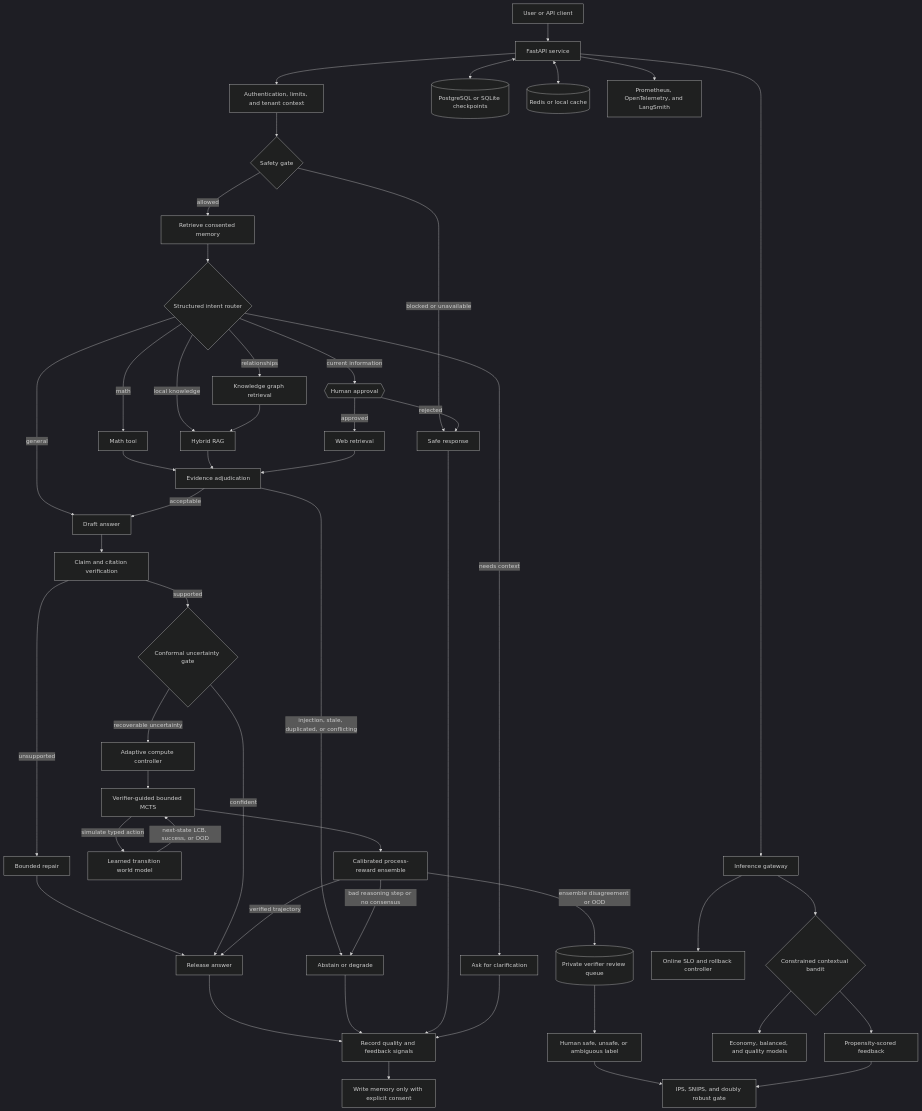
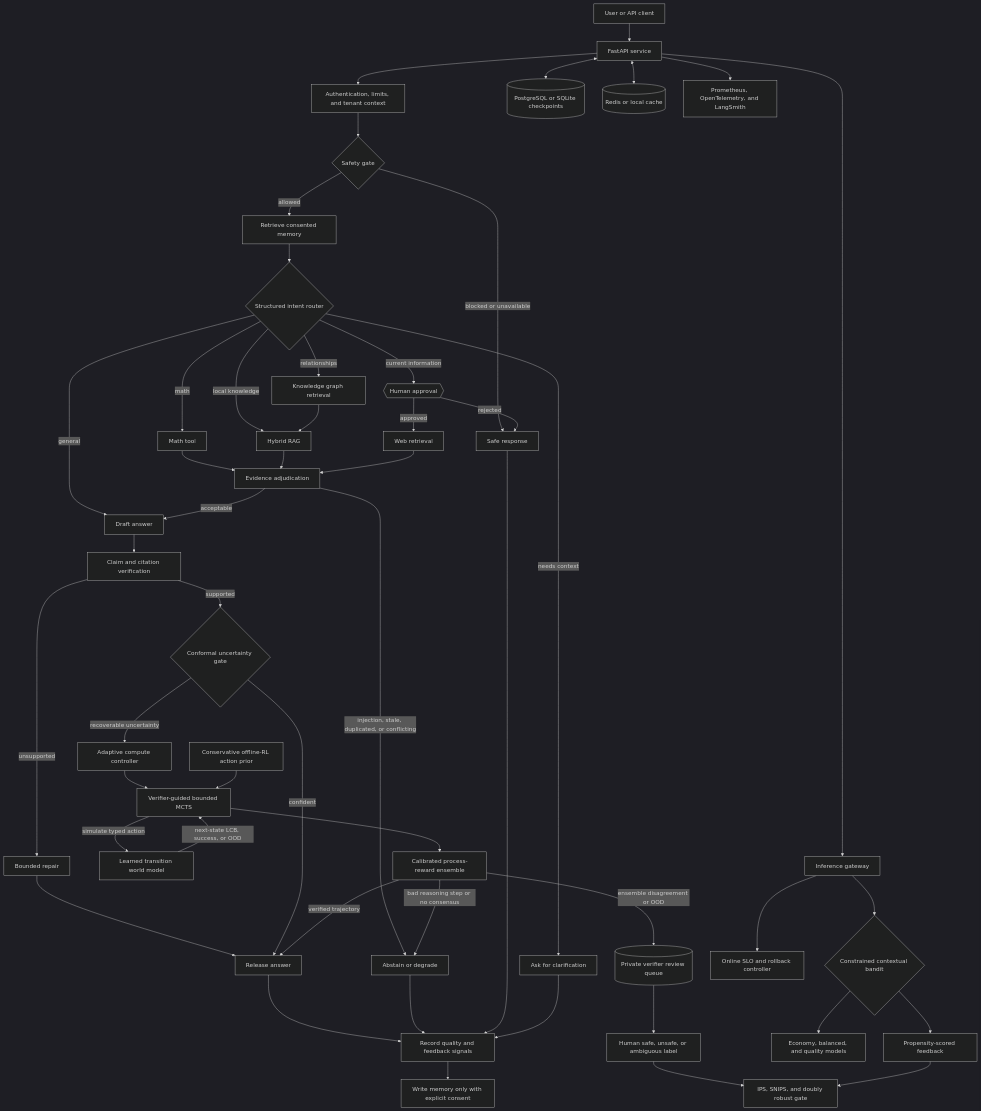
The first of 2 diagrams in README.md (Theepankumargandhi/Multi-Agent-Orchestration), drawn with Mermaid (dark theme) before and after one commit. The commit also changed other lines of this file and 14 other files, not shown here.

Commit message:
feat: add conservative offline RL planning

````diff
--- a/README.md
+++ b/README.md
@@ -36,58 +36,59 @@
 ```mermaid
 flowchart TD
     User[User or API client] --> API[FastAPI service]
     API --> Auth[Authentication, limits, and tenant context]
     Auth --> Safety{Safety gate}
 
     Safety -->|blocked or unavailable| Stop[Safe response]
     Safety -->|allowed| Memory[Retrieve consented memory]
     Memory --> Router{Structured intent router}
 
     Router -->|needs context| Clarify[Ask for clarification]
     Router -->|math| Math[Math tool]
     Router -->|local knowledge| RAG[Hybrid RAG]
     Router -->|relationships| Graph[Knowledge graph retrieval]
     Router -->|current information| Approval{{Human approval}}
     Router -->|general| Draft[Draft answer]
 
     Approval -->|approved| Web[Web retrieval]
     Approval -->|rejected| Stop
     Graph --> RAG
     Math --> Evidence
     RAG --> Evidence[Evidence adjudication]
     Web --> Evidence
     Evidence -->|injection, stale, duplicated, or conflicting| Abstain[Abstain or degrade]
     Evidence -->|acceptable| Draft
 
     Draft --> Ground[Claim and citation verification]
     Ground -->|unsupported| Repair[Bounded repair]
     Ground -->|supported| Uncertainty{Conformal uncertainty gate}
     Repair --> Final
     Uncertainty -->|confident| Final[Release answer]
     Uncertainty -->|recoverable uncertainty| Compute[Adaptive compute controller]
     Compute --> Search[Verifier-guided bounded MCTS]
+    OfflineRL[Conservative offline-RL action prior] --> Search
     Search -->|simulate typed action| World[Learned transition world model]
     World -->|next-state LCB, success, or OOD| Search
     Search --> PRM[Calibrated process-reward ensemble]
     PRM -->|verified trajectory| Final
     PRM -->|bad reasoning step or no consensus| Abstain
     PRM -->|ensemble disagreement or OOD| ReviewQueue[(Private verifier review queue)]
     ReviewQueue --> ReviewLabel[Human safe, unsafe, or ambiguous label]
     ReviewLabel --> Offline
 
     Final --> Evaluate[Record quality and feedback signals]
     Abstain --> Evaluate
     Stop --> Evaluate
     Clarify --> Evaluate
     Evaluate --> WriteMemory[Write memory only with explicit consent]
 
     API <--> State[(PostgreSQL or SQLite checkpoints)]
     API <--> Cache[(Redis or local cache)]
     API --> Telemetry[Prometheus, OpenTelemetry, and LangSmith]
     API --> Gateway[Inference gateway]
     Gateway --> Bandit{Constrained contextual bandit}
     Bandit --> Models[Economy, balanced, and quality models]
     Bandit --> Feedback[Propensity-scored feedback]
     Feedback --> Offline[IPS, SNIPS, and doubly robust gate]
     Gateway --> Online[Online SLO and rollback controller]
 ```
````
